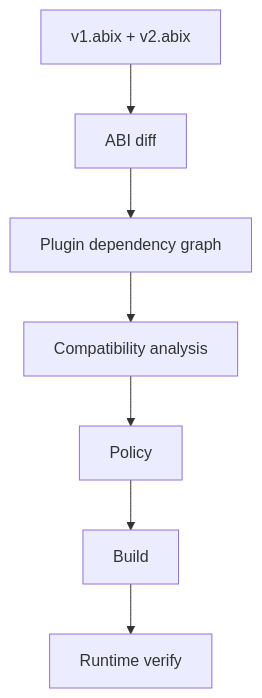
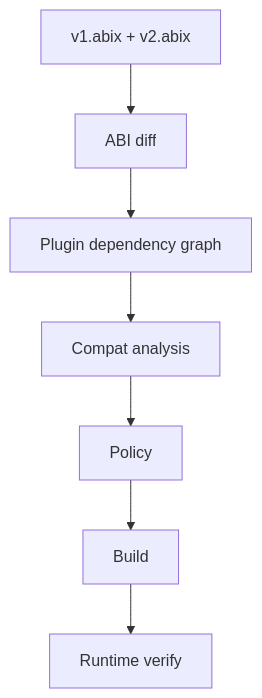
The eighth of 10 diagrams in docs/ai/ai.md (Sukanle/ABIX), drawn with Mermaid before and after one commit. The commit also changed 262 other files, not shown here.

First line of the commit message:
refactor!: reorganize ABIX and AMC into layered include/src trees — rename runtime symbols and regenerate all consumers

````diff
--- a/docs/ai/ai.md
+++ b/docs/ai/ai.md
@@ -263,4 +263,4 @@
 ```mermaid
 graph TD
-    A[v1.abix + v2.abix] --> B[ABI diff] --> C[Plugin dependency graph] --> D[Compatibility analysis] --> E[Policy] --> F[Build] --> G[Runtime verify]
+    A[v1.abix + v2.abix] --> B[ABI diff] --> C[Plugin dependency graph] --> D[Compat analysis] --> E[Policy] --> F[Build] --> G[Runtime verify]
 ```
````
